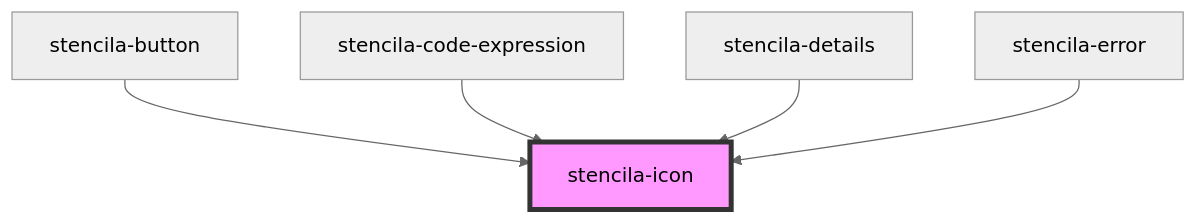
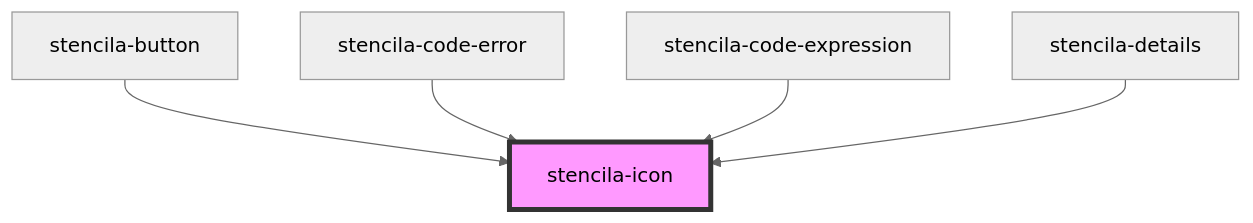
The diagram in packages/components/src/components/icon/readme.md (stencila/designa), drawn with Mermaid (neutral theme) before and after one commit. The commit also changed other lines of this file and 8 other files, not shown here.

````diff
--- a/packages/components/src/components/icon/readme.md
+++ b/packages/components/src/components/icon/readme.md
@@ -23,8 +23,8 @@
 ```mermaid
 graph TD;
   stencila-button --> stencila-icon
+  stencila-code-error --> stencila-icon
   stencila-code-expression --> stencila-icon
   stencila-details --> stencila-icon
-  stencila-error --> stencila-icon
   style stencila-icon fill:#f9f,stroke:#333,stroke-width:4px
 ```
````
